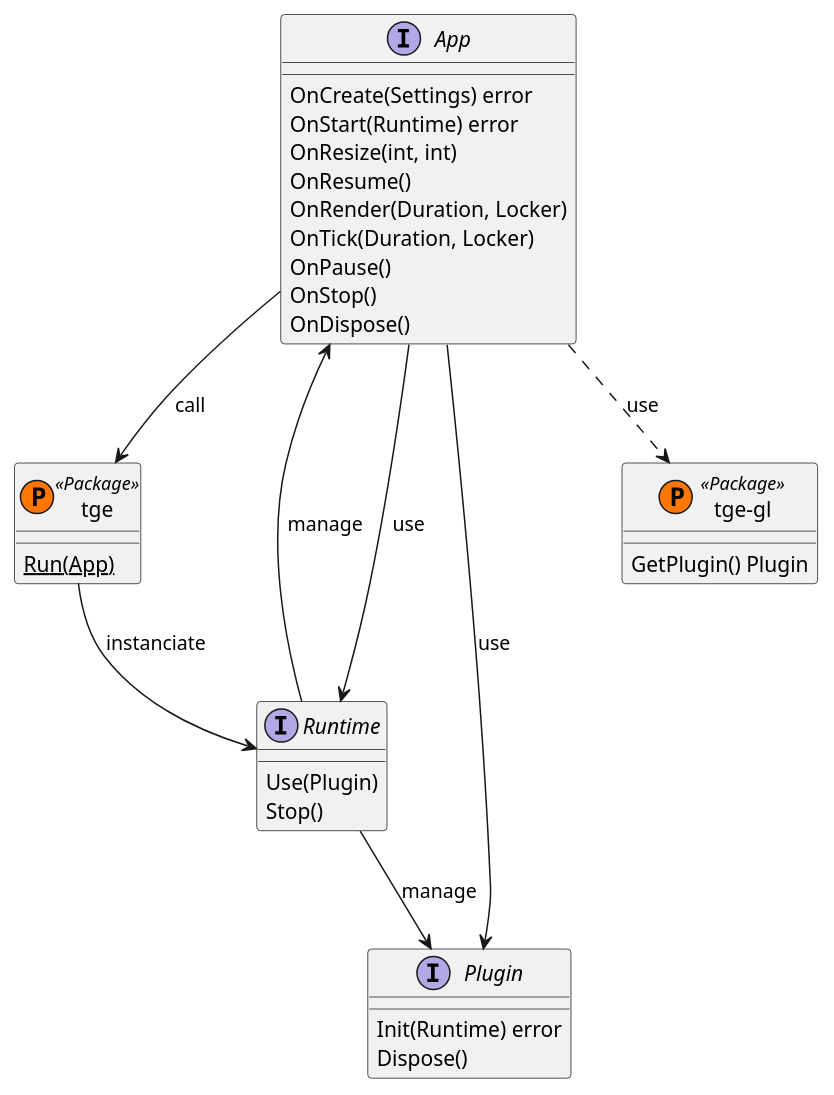
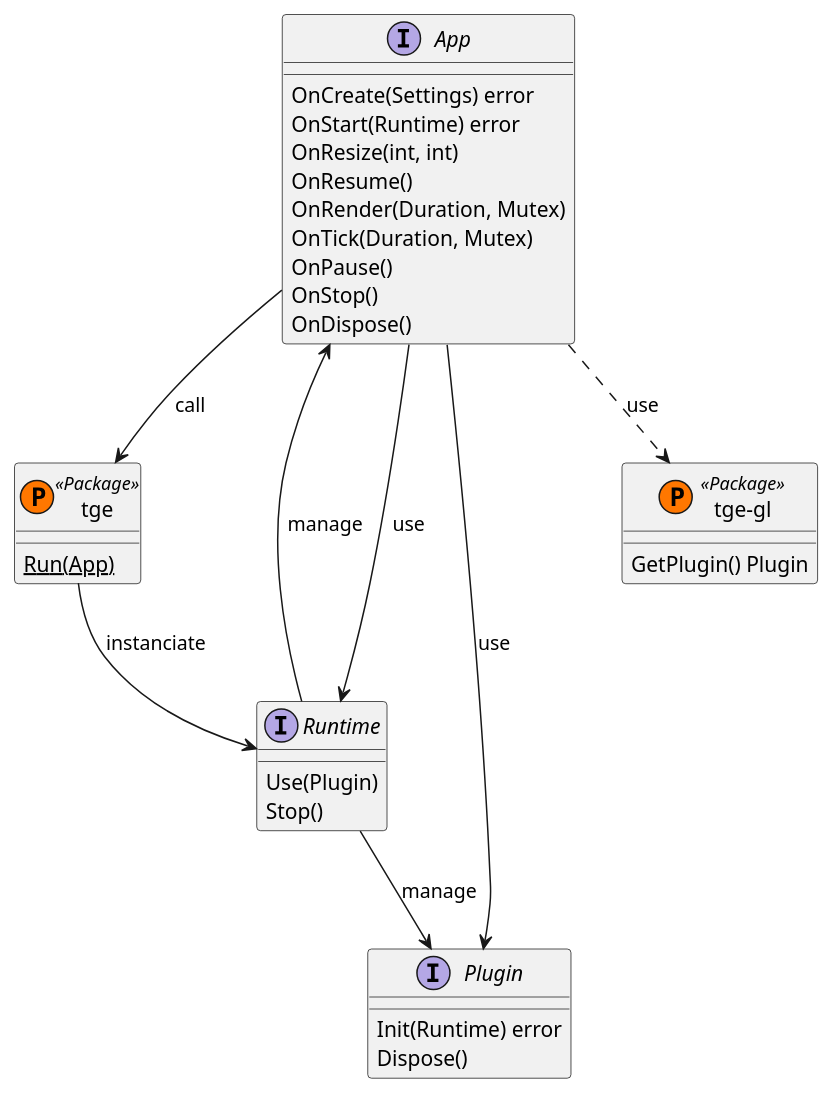
Before and after one commit to Thommil/tge: the diagram in specs/api.puml, drawn with PlantUML. The commit also changed 5 other files, not shown here.

```diff
--- a/specs/api.puml
+++ b/specs/api.puml
@@ -2,43 +2,43 @@
 @startuml API
 ' Components
 interface App {
     OnCreate(Settings) error
     OnStart(Runtime) error
     OnResize(int, int)
     OnResume()
-    OnRender(Duration, Locker)
-    OnTick(Duration, Locker)
+    OnRender(Duration, Mutex)
+    OnTick(Duration, Mutex)
     OnPause()
     OnStop()
     OnDispose()
 }
 
 class tge << (P,#FF7700) Package >> {
     {static} Run(App)
 }
 
 interface Runtime {
     Use(Plugin)
     Stop()
 }
 
 interface Plugin{    
     Init(Runtime) error
     Dispose()
 }
 
 class "tge-gl" << (P,#FF7700) Package >> {
     GetPlugin() Plugin
 }
 
 ' Relations
 App --> tge : call
 tge --> Runtime : instanciate
 App <-- Runtime : manage
 App --> Runtime : use
 App --> Plugin : use
 Runtime --> Plugin : manage
 
 App ..> "tge-gl" : use
 
 @enduml
```
